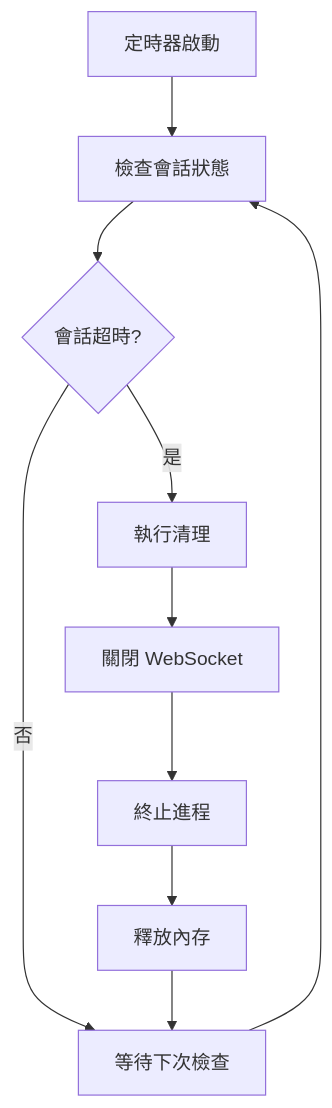
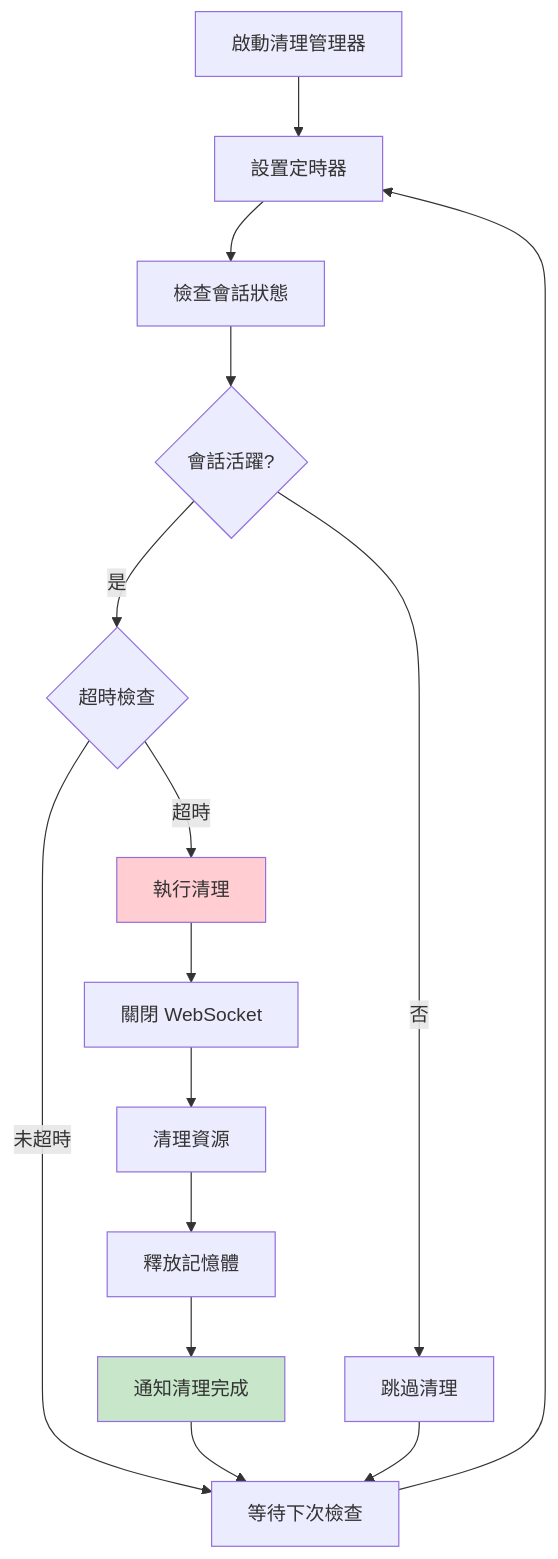
The seventh of 7 diagrams in docs/architecture/component-details.md (zetxtech/mcp-feedback-enhanced), drawn with Mermaid before and after one commit. The commit also changed other lines of this file and 4 other files, not shown here.

````diff
--- a/docs/architecture/component-details.md
+++ b/docs/architecture/component-details.md
@@ -265,12 +990,20 @@
 ```mermaid
 graph TD
-    TIMER[定時器啟動] --> CHECK[檢查會話狀態]
-    CHECK --> TIMEOUT{會話超時?}
-    TIMEOUT -->|是| CLEANUP[執行清理]
-    TIMEOUT -->|否| WAIT[等待下次檢查]
+    START[啟動清理管理器] --> TIMER[設置定時器]
+    TIMER --> CHECK[檢查會話狀態]
+    CHECK --> ACTIVE{會話活躍?}
+    ACTIVE -->|是| TIMEOUT{超時檢查}
+    ACTIVE -->|否| SKIP[跳過清理]
+    TIMEOUT -->|超時| CLEANUP[執行清理]
+    TIMEOUT -->|未超時| WAIT[等待下次檢查]
     CLEANUP --> WEBSOCKET[關閉 WebSocket]
-    WEBSOCKET --> PROCESS[終止進程]
-    PROCESS --> MEMORY[釋放內存]
-    MEMORY --> WAIT
-    WAIT --> CHECK
+    WEBSOCKET --> RESOURCES[清理資源]
+    RESOURCES --> MEMORY[釋放記憶體]
+    MEMORY --> NOTIFY[通知清理完成]
+    NOTIFY --> WAIT
+    SKIP --> WAIT
+    WAIT --> TIMER
+
+    style CLEANUP fill:#ffcdd2
+    style NOTIFY fill:#c8e6c9
 ```
````
